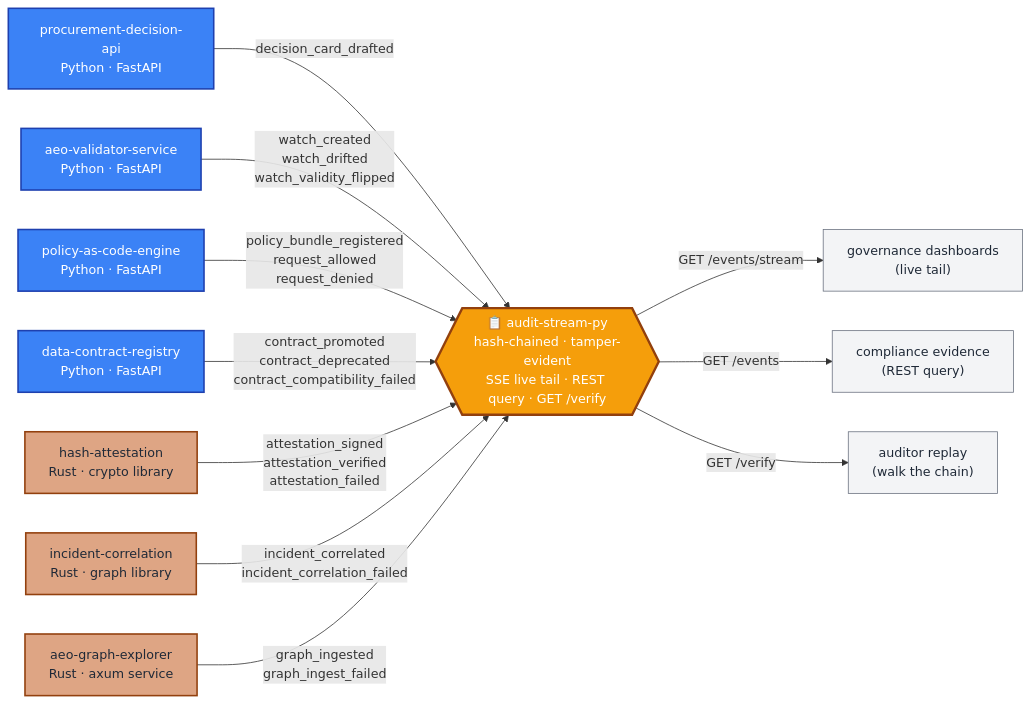
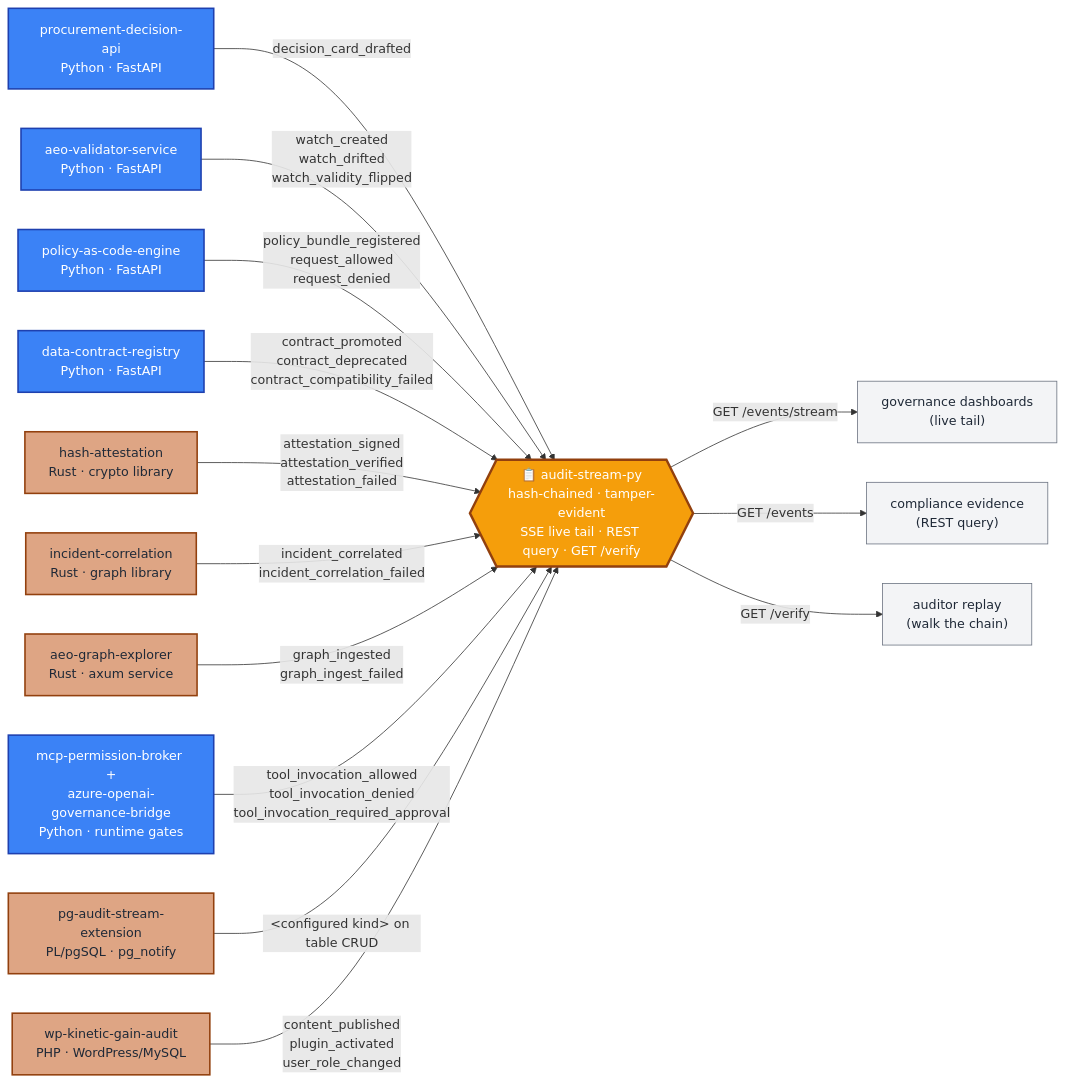
Before and after one commit to mizcausevic-dev/kinetic-gain-protocol-suite: the second of 2 diagrams in README.md, drawn with Mermaid. The commit also changed other lines of this file, not shown here.

First line of the commit message:
docs: weave in runtime enforcement + new producers + hook #5

````diff
--- a/README.md
+++ b/README.md
@@ -139,29 +140,35 @@
 ```mermaid
 flowchart LR
     classDef pyprod fill:#3b82f6,stroke:#1e40af,color:#fff,stroke-width:2px
     classDef rsprod fill:#dea584,stroke:#92400e,color:#1f2937,stroke-width:2px
     classDef spine fill:#f59e0b,stroke:#92400e,color:#fff,stroke-width:3px
     classDef sink fill:#f3f4f6,stroke:#6b7280,color:#1f2937
 
     PDA["procurement-decision-api<br/>Python · FastAPI"]:::pyprod
     AVS["aeo-validator-service<br/>Python · FastAPI"]:::pyprod
     PCE["policy-as-code-engine<br/>Python · FastAPI"]:::pyprod
     DCR["data-contract-registry<br/>Python · FastAPI"]:::pyprod
     HA["hash-attestation<br/>Rust · crypto library"]:::rsprod
     ICR["incident-correlation<br/>Rust · graph library"]:::rsprod
     AGE["aeo-graph-explorer<br/>Rust · axum service"]:::rsprod
+    MPB["mcp-permission-broker +<br/>azure-openai-governance-bridge<br/>Python · runtime gates"]:::pyprod
+    PGX["pg-audit-stream-extension<br/>PL/pgSQL · pg_notify"]:::rsprod
+    WPA["wp-kinetic-gain-audit<br/>PHP · WordPress/MySQL"]:::rsprod
 
     PDA -->|"decision_card_drafted"| AS
     AVS -->|"watch_created<br/>watch_drifted<br/>watch_validity_flipped"| AS
     PCE -->|"policy_bundle_registered<br/>request_allowed<br/>request_denied"| AS
     DCR -->|"contract_promoted<br/>contract_deprecated<br/>contract_compatibility_failed"| AS
     HA -->|"attestation_signed<br/>attestation_verified<br/>attestation_failed"| AS
     ICR -->|"incident_correlated<br/>incident_correlation_failed"| AS
     AGE -->|"graph_ingested<br/>graph_ingest_failed"| AS
+    MPB -->|"tool_invocation_allowed<br/>tool_invocation_denied<br/>tool_invocation_required_approval"| AS
+    PGX -->|"&lt;configured kind&gt; on table CRUD"| AS
+    WPA -->|"content_published<br/>plugin_activated<br/>user_role_changed"| AS
 
     AS{{"📋 audit-stream-py<br/>hash-chained · tamper-evident<br/>SSE live tail · REST query · GET /verify"}}:::spine
 
     AS -->|GET /events/stream| LT["governance dashboards<br/>(live tail)"]:::sink
     AS -->|GET /events| Q["compliance evidence<br/>(REST query)"]:::sink
     AS -->|GET /verify| V["auditor replay<br/>(walk the chain)"]:::sink
 ```
````
